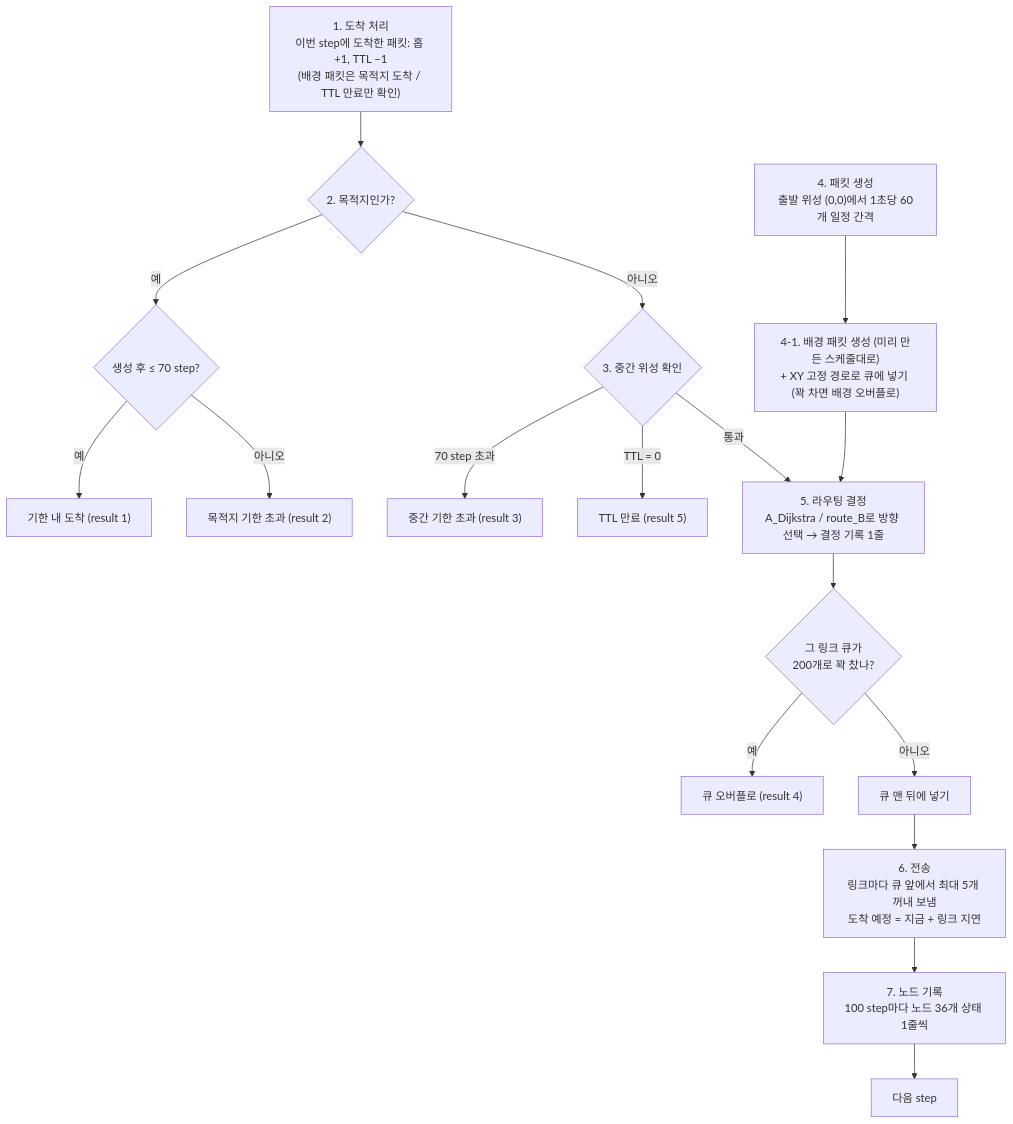
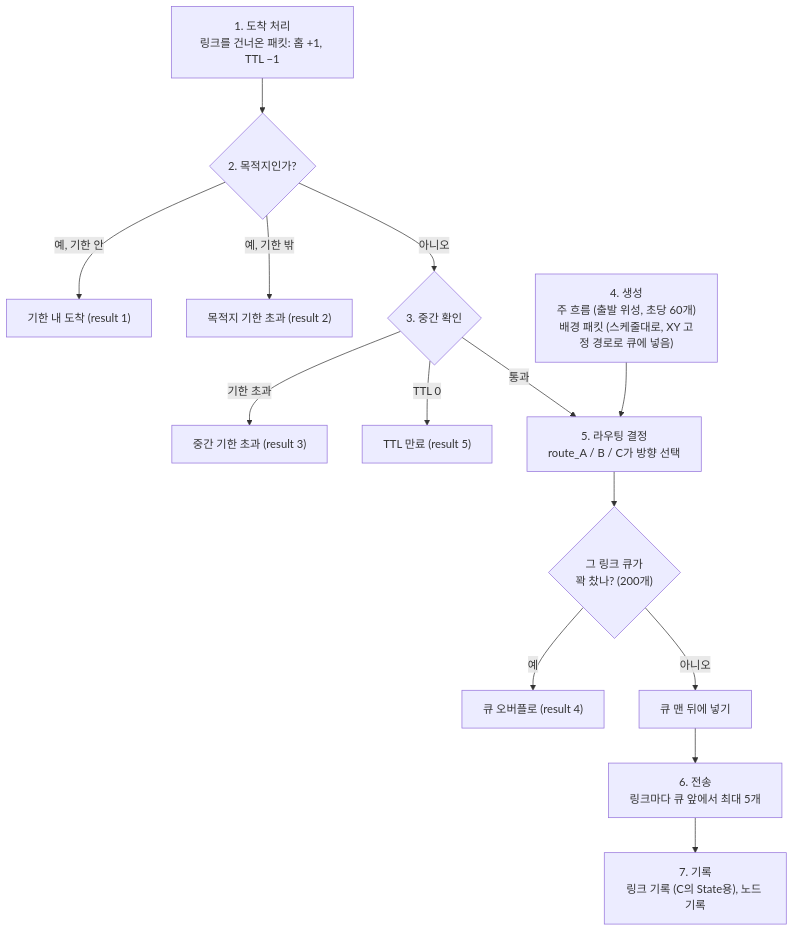
The third of 5 diagrams in flow.md (26-2-capstone2/26-2capstone2), drawn with Mermaid before and after one commit. The commit also changed other lines of this file and 80 other files, not shown here.

````diff
--- a/flow.md
+++ b/flow.md
@@ -95,19 +58,16 @@
 ```mermaid
 flowchart TD
-    S1["1. 도착 처리<br/>이번 step에 도착한 패킷: 홉 +1, TTL −1<br/>(배경 패킷은 목적지 도착 / TTL 만료만 확인)"] --> S2
-    S2{"2. 목적지인가?"} -- "예" --> S2a{"생성 후 ≤ 70 step?"}
-    S2a -- "예" --> OK["기한 내 도착 (result 1)"]
-    S2a -- "아니오" --> L2["목적지 기한 초과 (result 2)"]
-    S2 -- "아니오" --> S3{"3. 중간 위성 확인"}
-    S3 -- "70 step 초과" --> L3["중간 기한 초과 (result 3)"]
-    S3 -- "TTL = 0" --> L5["TTL 만료 (result 5)"]
+    S1["1. 도착 처리<br/>링크를 건너온 패킷: 홉 +1, TTL −1"] --> S2{"2. 목적지인가?"}
+    S2 -- "예, 기한 안" --> OK["기한 내 도착 (result 1)"]
+    S2 -- "예, 기한 밖" --> L2["목적지 기한 초과 (result 2)"]
+    S2 -- "아니오" --> S3{"3. 중간 확인"}
+    S3 -- "기한 초과" --> L3["중간 기한 초과 (result 3)"]
+    S3 -- "TTL 0" --> L5["TTL 만료 (result 5)"]
     S3 -- "통과" --> S5
-    S4["4. 패킷 생성<br/>출발 위성 (0,0)에서 1초당 60개 일정 간격"] --> S41
-    S41["4-1. 배경 패킷 생성 (미리 만든 스케줄대로)<br/>+ XY 고정 경로로 큐에 넣기 (꽉 차면 배경 오버플로)"] --> S5
-    S5["5. 라우팅 결정<br/>A_Dijkstra / route_B로 방향 선택 → 결정 기록 1줄"] --> Q{"그 링크 큐가<br/>200개로 꽉 찼나?"}
+    S4["4. 생성<br/>주 흐름 (출발 위성, 초당 60개)<br/>배경 패킷 (스케줄대로, XY 고정 경로로 큐에 넣음)"] --> S5
+    S5["5. 라우팅 결정<br/>route_A / B / C가 방향 선택"] --> Q{"그 링크 큐가<br/>꽉 찼나? (200개)"}
     Q -- "예" --> L4["큐 오버플로 (result 4)"]
     Q -- "아니오" --> S6["큐 맨 뒤에 넣기"]
-    S6 --> S7["6. 전송<br/>링크마다 큐 앞에서 최대 5개 꺼내 보냄<br/>도착 예정 = 지금 + 링크 지연"]
-    S7 --> S8["7. 노드 기록<br/>100 step마다 노드 36개 상태 1줄씩"]
-    S8 --> NEXT["다음 step"]
+    S6 --> S7["6. 전송<br/>링크마다 큐 앞에서 최대 5개"]
+    S7 --> S8["7. 기록<br/>링크 기록 (C의 State용), 노드 기록"]
 ```
````
